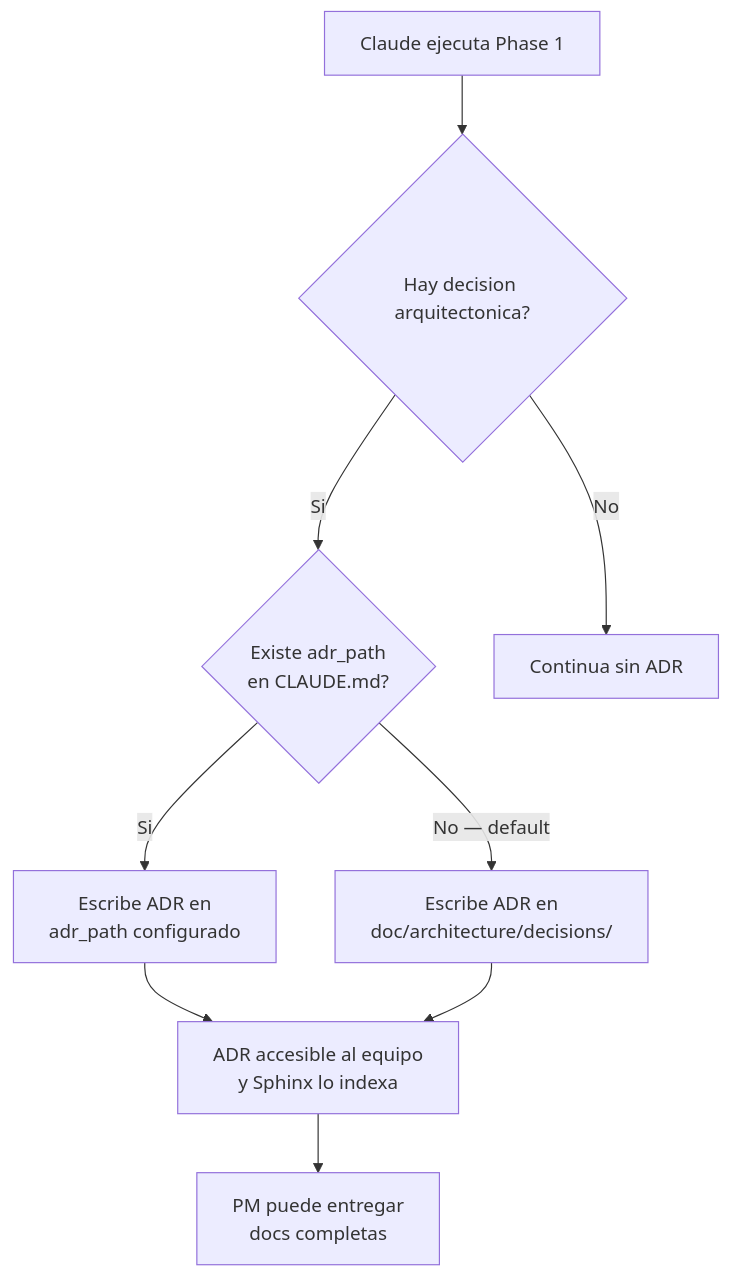
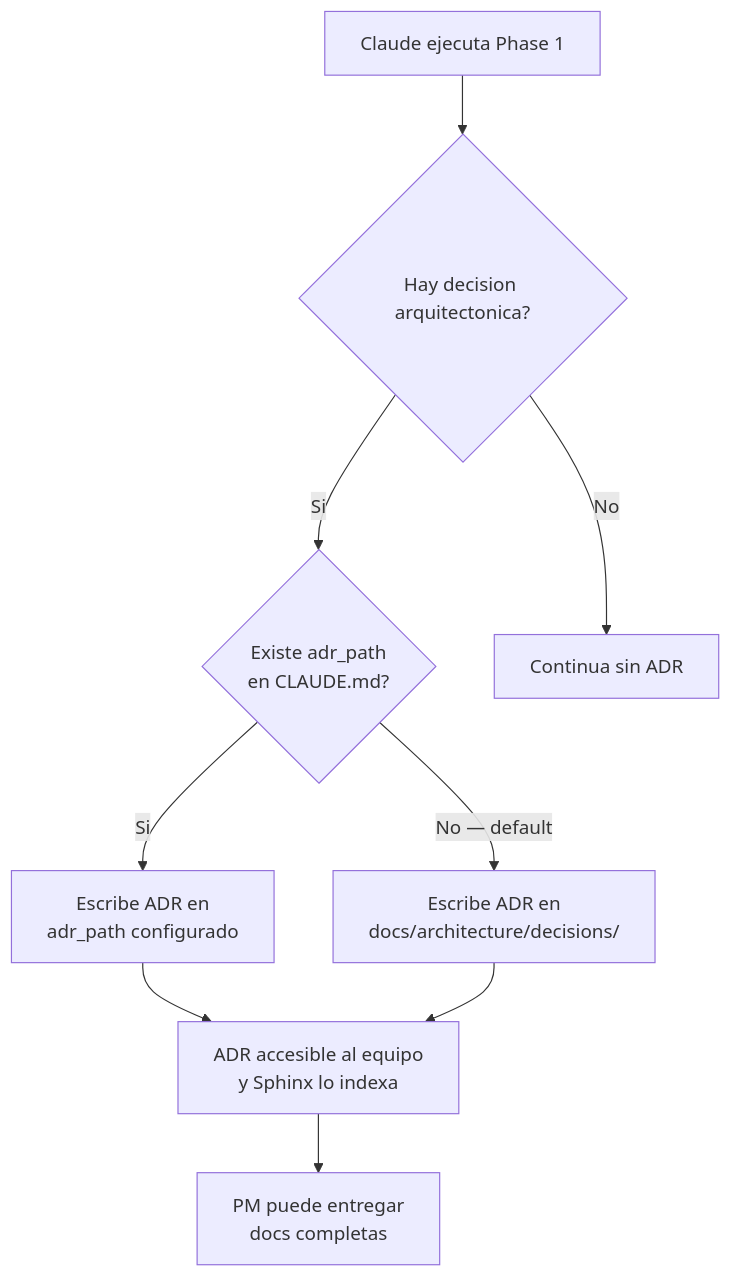
The second of 2 diagrams in .claude/context/work/2026-04-04-08-46-36-doc-structure/analysis/doc-structure-analysis.md (NestorMonroy/thyrox), drawn with Mermaid before and after one commit. The commit also changed other lines of this file and 17 other files, not shown here.

````diff
--- a/.claude/context/work/2026-04-04-08-46-36-doc-structure/analysis/doc-structure-analysis.md
+++ b/.claude/context/work/2026-04-04-08-46-36-doc-structure/analysis/doc-structure-analysis.md
@@ -102,12 +102,12 @@
 ```mermaid
 flowchart TD
     A[Claude ejecuta Phase 1] --> B{Hay decision arquitectonica?}
     B -->|Si| C{Existe adr_path\nen CLAUDE.md?}
     C -->|Si| D[Escribe ADR en\nadr_path configurado]
-    C -->|No — default| E[Escribe ADR en\ndoc/architecture/decisions/]
+    C -->|No — default| E[Escribe ADR en\ndocs/architecture/decisions/]
     D --> F[ADR accesible al equipo\ny Sphinx lo indexa]
     E --> F
     F --> G[PM puede entregar\ndocs completas]
 
     B -->|No| H[Continua sin ADR]
 ```
````
